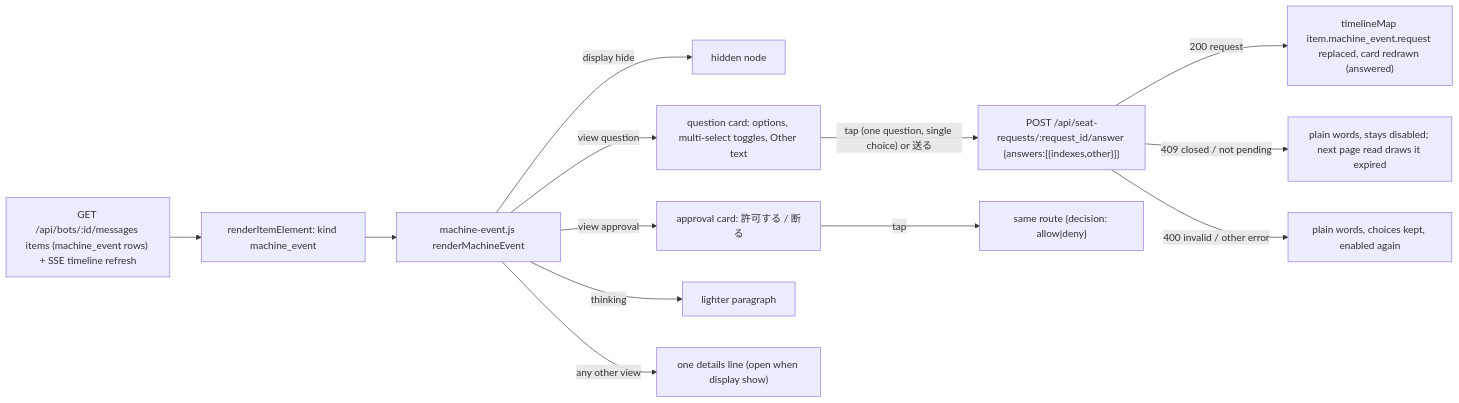
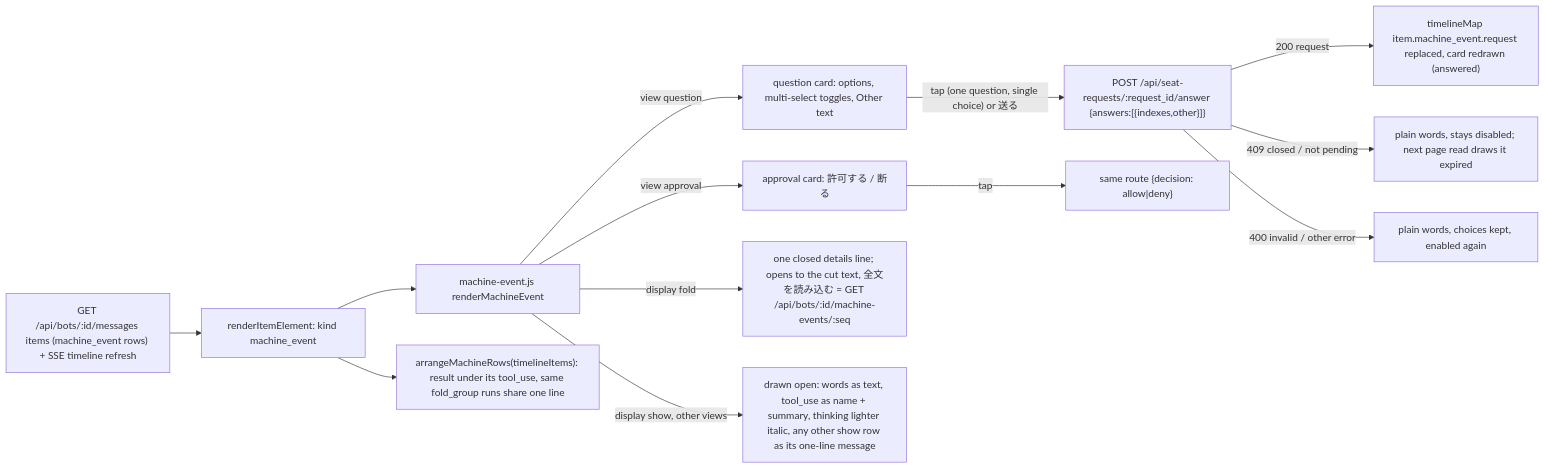
Diagram 16 of 16 in docs/architecture/modules/web/conversation.md (kitepon/BellTeam), drawn with Mermaid before and after one commit. The commit also changed other lines of this file and 5 other files, not shown here.

First line of the commit message:
a471-fold-web: Web fold view of a machine seat's rows (#2035)

````diff
--- a/docs/architecture/modules/web/conversation.md
+++ b/docs/architecture/modules/web/conversation.md
@@ -392,15 +392,15 @@
 ```mermaid
 flowchart LR
   Page["GET /api/bots/:id/messages items (machine_event rows) + SSE timeline refresh"] --> Item["renderItemElement: kind machine_event"]
   Item --> ME["machine-event.js renderMachineEvent"]
-  ME -->|"display hide"| Gone["hidden node"]
   ME -->|"view question"| Q["question card: options, multi-select toggles, Other text"]
   ME -->|"view approval"| A["approval card: 許可する / 断る"]
-  ME -->|"thinking"| T["lighter paragraph"]
-  ME -->|"any other view"| Line["one details line (open when display show)"]
+  ME -->|"display fold"| F["one closed details line; opens to the cut text, 全文を読み込む = GET /api/bots/:id/machine-events/:seq"]
+  ME -->|"display show, other views"| S["drawn open: words as text, tool_use as name + summary, thinking lighter italic, any other show row as its one-line message"]
+  Item --> Arr["arrangeMachineRows(timelineItems): result under its tool_use, same fold_group runs share one line"]
   Q -->|"tap (one question, single choice) or 送る"| Post["POST /api/seat-requests/:request_id/answer {answers:[{indexes,other}]}"]
   A -->|"tap"| Post2["same route {decision: allow|deny}"]
   Post -->|"200 request"| Item2["timelineMap item.machine_event.request replaced, card redrawn (answered)"]
   Post -->|"409 closed / not pending"| Closed["plain words, stays disabled; next page read draws it expired"]
   Post -->|"400 invalid / other error"| Retry["plain words, choices kept, enabled again"]
 ```
````
